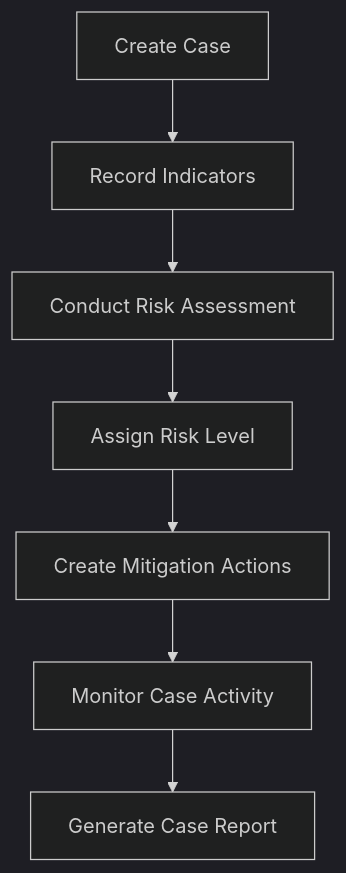
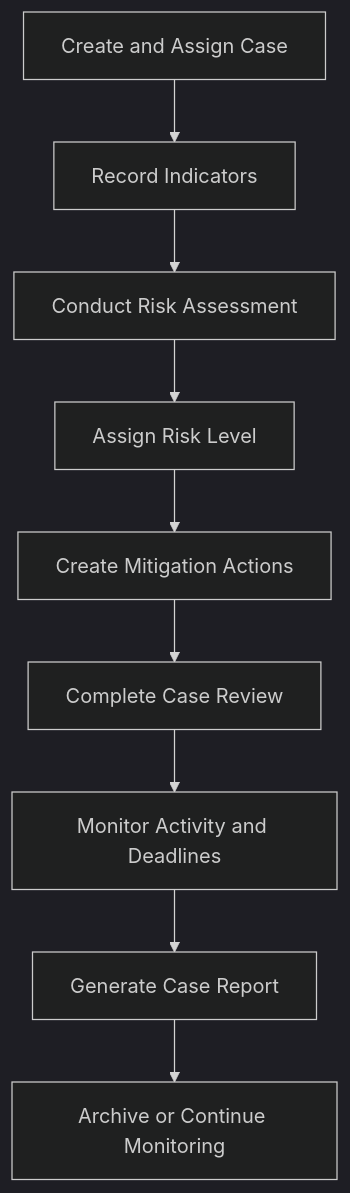
The diagram in README.md (CINentertainment/protective-intelligence-risk-tracker), drawn with Mermaid (dark theme) before and after one commit. The commit also changed other lines of this file and 8 other files, not shown here.

````diff
--- a/README.md
+++ b/README.md
@@ -36,9 +91,11 @@
 ```mermaid
 flowchart TD
-    A["Create Case"] --> B["Record Indicators"]
+    A["Create and Assign Case"] --> B["Record Indicators"]
     B --> C["Conduct Risk Assessment"]
     C --> D["Assign Risk Level"]
     D --> E["Create Mitigation Actions"]
-    E --> F["Monitor Case Activity"]
-    F --> G["Generate Case Report"]
+    E --> F["Complete Case Review"]
+    F --> G["Monitor Activity and Deadlines"]
+    G --> H["Generate Case Report"]
+    H --> I["Archive or Continue Monitoring"]
 ```
````
